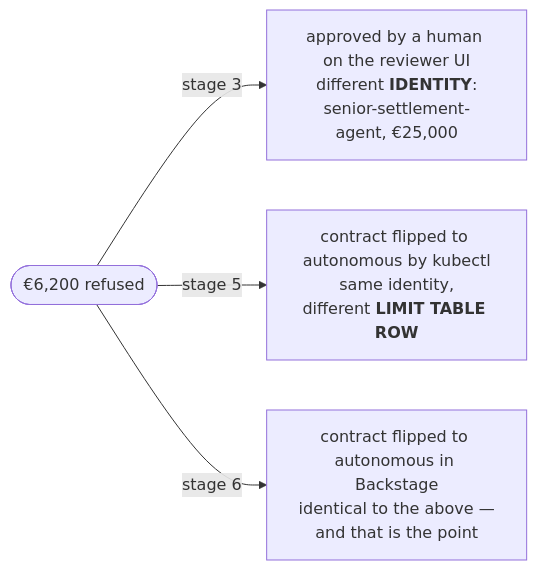
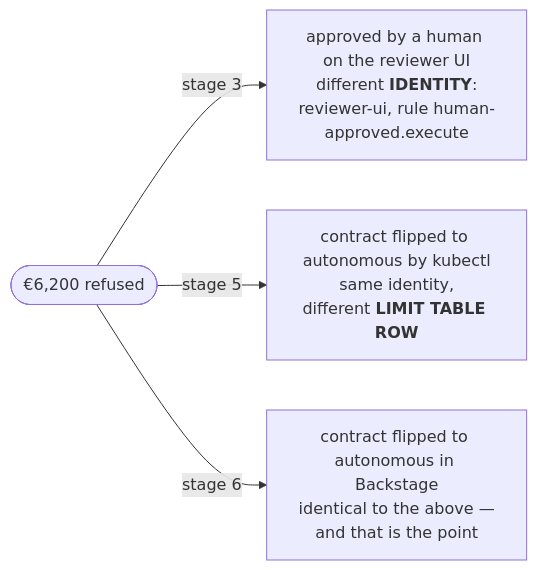
Before and after one commit to kaspernissen/aip-demo: the third of 4 diagrams in docs/demo-runbook.md, drawn with Mermaid. The commit also changed other lines of this file and 106 other files, not shown here.

First line of the commit message:
feat(m8): the dial means maker-checker; reviewer-ui releases approved payments through the PDS

```diff
--- a/docs/demo-runbook.md
+++ b/docs/demo-runbook.md
@@ -185,13 +188,13 @@
 <pre class="mermaid">
 flowchart LR
     r(["€6,200 refused"])
     r -->|"stage 3"| a["`approved by a human on the reviewer UI
       different **IDENTITY**:
-      senior-settlement-agent, €25,000`"]
+      reviewer-ui, rule human-approved.execute`"]
     r -->|"stage 5"| b["`contract flipped to autonomous by kubectl
       same identity,
       different **LIMIT TABLE ROW**`"]
     r -->|"stage 6"| c["`contract flipped to autonomous in Backstage
       identical to the above —
       and that is the point`"]
 </pre>
```
